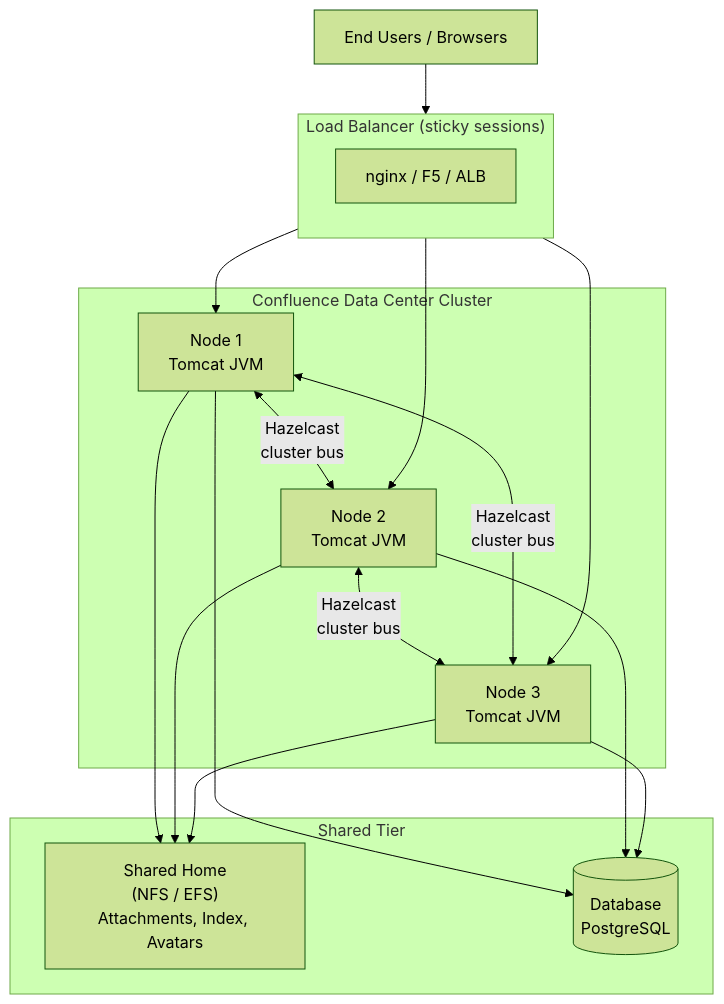
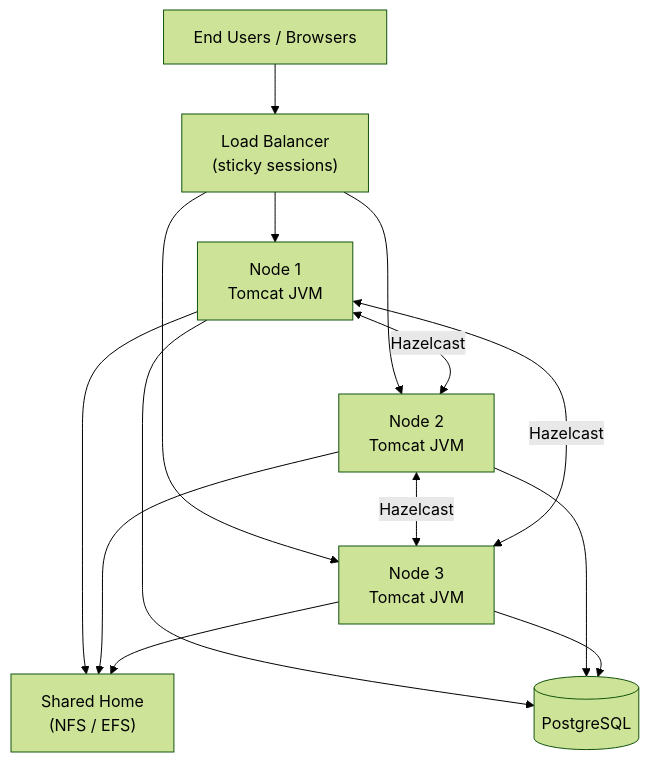
One commit to canast01/chris-kb changed the diagram in docs/tools/confluence/architecture/index.md. Above: the diagram before and after it, drawn with Mermaid (forest theme). The commit also changed other lines of this file and 62 other files, not shown here.

````diff
--- a/docs/tools/confluence/architecture/index.md
+++ b/docs/tools/confluence/architecture/index.md
@@ -93,34 +27,19 @@
 ```mermaid
 flowchart TD
-    Users["End Users / Browsers"] --> LB
+    Users["End Users / Browsers"] --> LB["Load Balancer\n(sticky sessions)"]
 
-    subgraph LB["Load Balancer (sticky sessions)"]
-        direction LR
-        LB1[nginx / F5 / ALB]
-    end
+    LB --> N1["Node 1\nTomcat JVM"]
+    LB --> N2["Node 2\nTomcat JVM"]
+    LB --> N3["Node 3\nTomcat JVM"]
 
-    LB --> N1
-    LB --> N2
-    LB --> N3
+    N1 <-->|Hazelcast| N2
+    N2 <-->|Hazelcast| N3
+    N1 <-->|Hazelcast| N3
 
-    subgraph Cluster["Confluence Data Center Cluster"]
-        N1["Node 1\nTomcat JVM"]
-        N2["Node 2\nTomcat JVM"]
-        N3["Node 3\nTomcat JVM"]
-        N1 <-->|Hazelcast\ncluster bus| N2
-        N2 <-->|Hazelcast\ncluster bus| N3
-        N1 <-->|Hazelcast\ncluster bus| N3
-    end
-
-    subgraph Shared["Shared Tier"]
-        SH["Shared Home\n(NFS / EFS)\nAttachments, Index, Avatars"]
-        DB[("Database\nPostgreSQL")]
-    end
-
-    N1 --> SH
+    N1 --> SH["Shared Home\n(NFS / EFS)"]
     N2 --> SH
     N3 --> SH
-    N1 --> DB
+    N1 --> DB[("PostgreSQL")]
     N2 --> DB
     N3 --> DB
 ```
````
